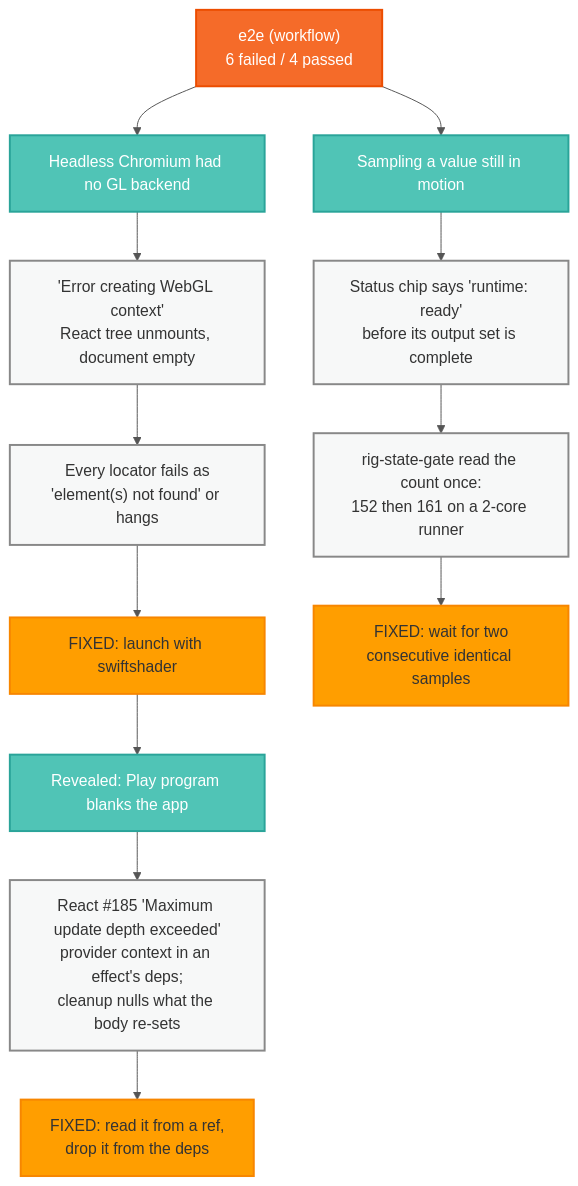
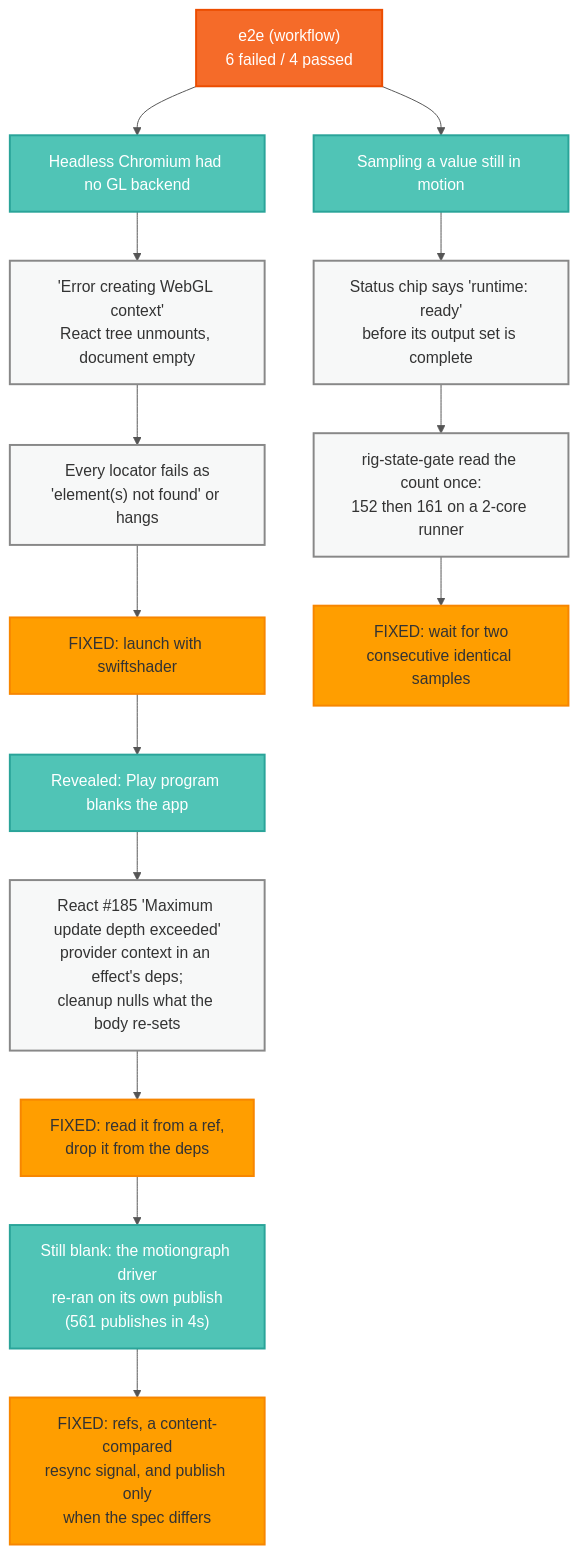
One commit to vizij-ai/vizij-web changed the first of 2 diagrams in apps/vizij-authoring/docs/references/e2e-workflow-failures.md. Above: the diagram before and after it, drawn with Mermaid. The commit also changed other lines of this file, not shown here.

````diff
--- a/apps/vizij-authoring/docs/references/e2e-workflow-failures.md
+++ b/apps/vizij-authoring/docs/references/e2e-workflow-failures.md
@@ -16,29 +16,31 @@
 ```mermaid
 %%{init: {"theme": "base", "themeVariables": {
   "fontFamily": "Questrial, sans-serif",
   "primaryColor": "#50C4B6", "primaryTextColor": "#FFFFFF",
   "primaryBorderColor": "#2AA499", "lineColor": "#555555",
   "textColor": "#333333", "background": "#FFFFFF"
 }}}%%
 flowchart TD
   job["e2e (workflow)<br/>6 failed / 4 passed"]:::secondary
 
   job --> gl["Headless Chromium had no GL backend"]:::primary
   gl --> gl1["'Error creating WebGL context'<br/>React tree unmounts, document empty"]:::neutral
   gl1 --> gl2["Every locator fails as<br/>'element(s) not found' or hangs"]:::neutral
   gl2 --> glfix["FIXED: launch with swiftshader"]:::highlight
 
   glfix --> loop["Revealed: Play program blanks the app"]:::primary
   loop --> loop1["React #185 'Maximum update depth exceeded'<br/>provider context in an effect's deps;<br/>cleanup nulls what the body re-sets"]:::neutral
   loop1 --> loopfix["FIXED: read it from a ref,<br/>drop it from the deps"]:::highlight
+  loopfix --> loop2["Still blank: the motiongraph driver<br/>re-ran on its own publish<br/>(561 publishes in 4s)"]:::primary
+  loop2 --> loop2fix["FIXED: refs, a content-compared<br/>resync signal, and publish only<br/>when the spec differs"]:::highlight
 
   job --> sample["Sampling a value still in motion"]:::primary
   sample --> s1["Status chip says 'runtime: ready'<br/>before its output set is complete"]:::neutral
   s1 --> s2["rig-state-gate read the count once:<br/>152 then 161 on a 2-core runner"]:::neutral
   s2 --> sfix["FIXED: wait for two<br/>consecutive identical samples"]:::highlight
 
   classDef primary fill:#50C4B6,stroke:#2AA499,stroke-width:2px,color:#FFFFFF;
   classDef secondary fill:#F56B29,stroke:#EC4D00,stroke-width:2px,color:#FFFFFF;
   classDef highlight fill:#FF9E00,stroke:#F78600,stroke-width:2px,color:#333333;
   classDef neutral fill:#F7F8F8,stroke:#888888,stroke-width:2px,color:#333333;
 ```
````
